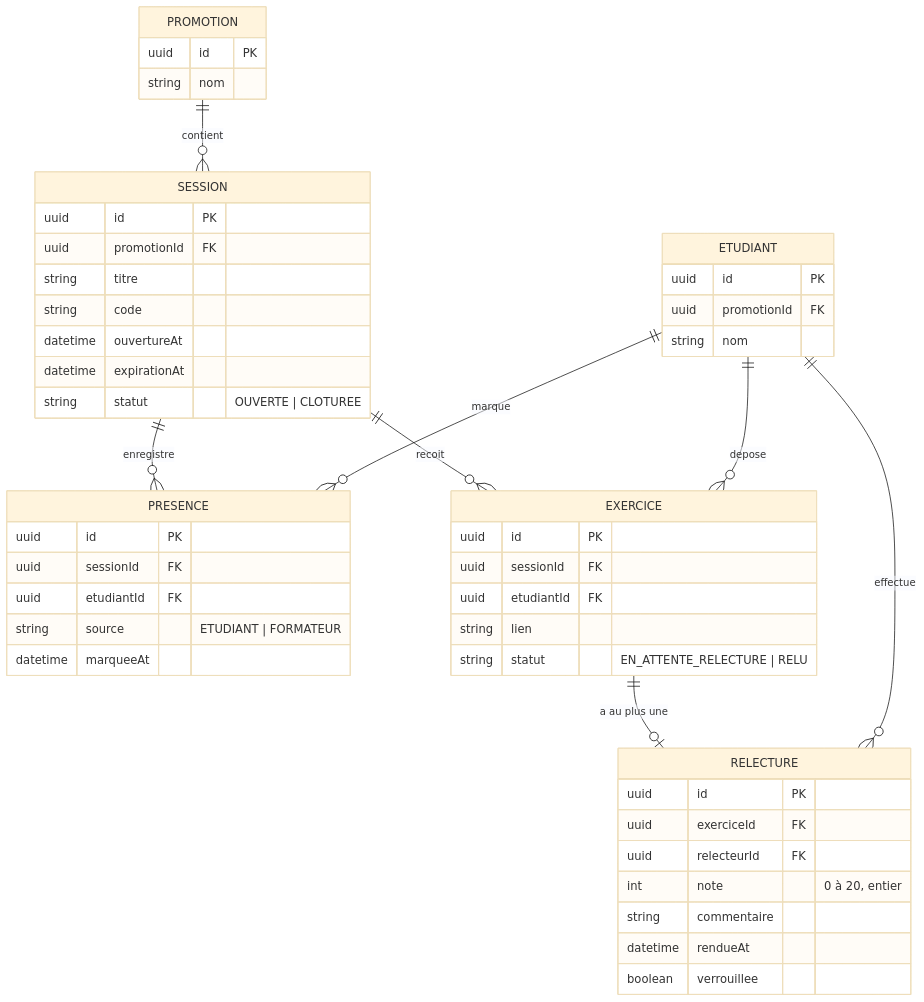
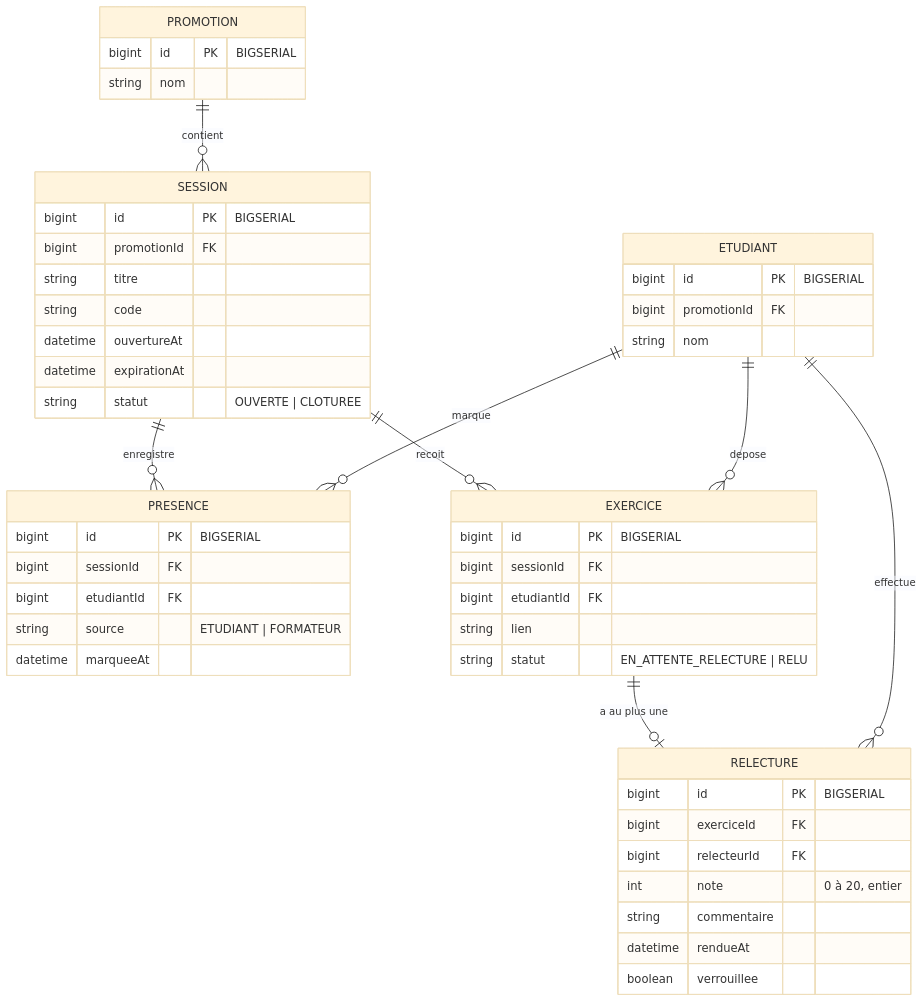
One commit to DaiziDev/Kfokam48-epreuve-225 changed the diagram in docs/diagrammes/D2-Modèle de données.md. Above: the diagram before and after it, drawn with Mermaid (base theme). The commit also changed other lines of this file and 6 other files, not shown here.

````diff
--- a/docs/diagrammes/D2-Modèle de données.md
+++ b/docs/diagrammes/D2-Modèle de données.md
@@ -3,57 +3,57 @@
 ```mermaid
 erDiagram
     PROMOTION ||--o{ SESSION : contient
     SESSION ||--o{ PRESENCE : enregistre
     SESSION ||--o{ EXERCICE : recoit
     ETUDIANT ||--o{ PRESENCE : marque
     ETUDIANT ||--o{ EXERCICE : depose
     EXERCICE ||--o| RELECTURE : "a au plus une"
     ETUDIANT ||--o{ RELECTURE : effectue
 
     PROMOTION {
-        uuid id PK
+        bigint id PK "BIGSERIAL"
         string nom
     }
 
     SESSION {
-        uuid id PK
-        uuid promotionId FK
+        bigint id PK "BIGSERIAL"
+        bigint promotionId FK
         string titre
         string code
         datetime ouvertureAt
         datetime expirationAt
         string statut "OUVERTE | CLOTUREE"
     }
 
     ETUDIANT {
-        uuid id PK
-        uuid promotionId FK
+        bigint id PK "BIGSERIAL"
+        bigint promotionId FK
         string nom
     }
 
     PRESENCE {
-        uuid id PK
-        uuid sessionId FK
-        uuid etudiantId FK
+        bigint id PK "BIGSERIAL"
+        bigint sessionId FK
+        bigint etudiantId FK
         string source "ETUDIANT | FORMATEUR"
         datetime marqueeAt
     }
 
     EXERCICE {
-        uuid id PK
-        uuid sessionId FK
-        uuid etudiantId FK
+        bigint id PK "BIGSERIAL"
+        bigint sessionId FK
+        bigint etudiantId FK
         string lien
         string statut "EN_ATTENTE_RELECTURE | RELU"
     }
 
     RELECTURE {
-        uuid id PK
-        uuid exerciceId FK
-        uuid relecteurId FK
+        bigint id PK "BIGSERIAL"
+        bigint exerciceId FK
+        bigint relecteurId FK
         int note "0 à 20, entier"
         string commentaire
         datetime rendueAt
         boolean verrouillee
     }
 ```
````
